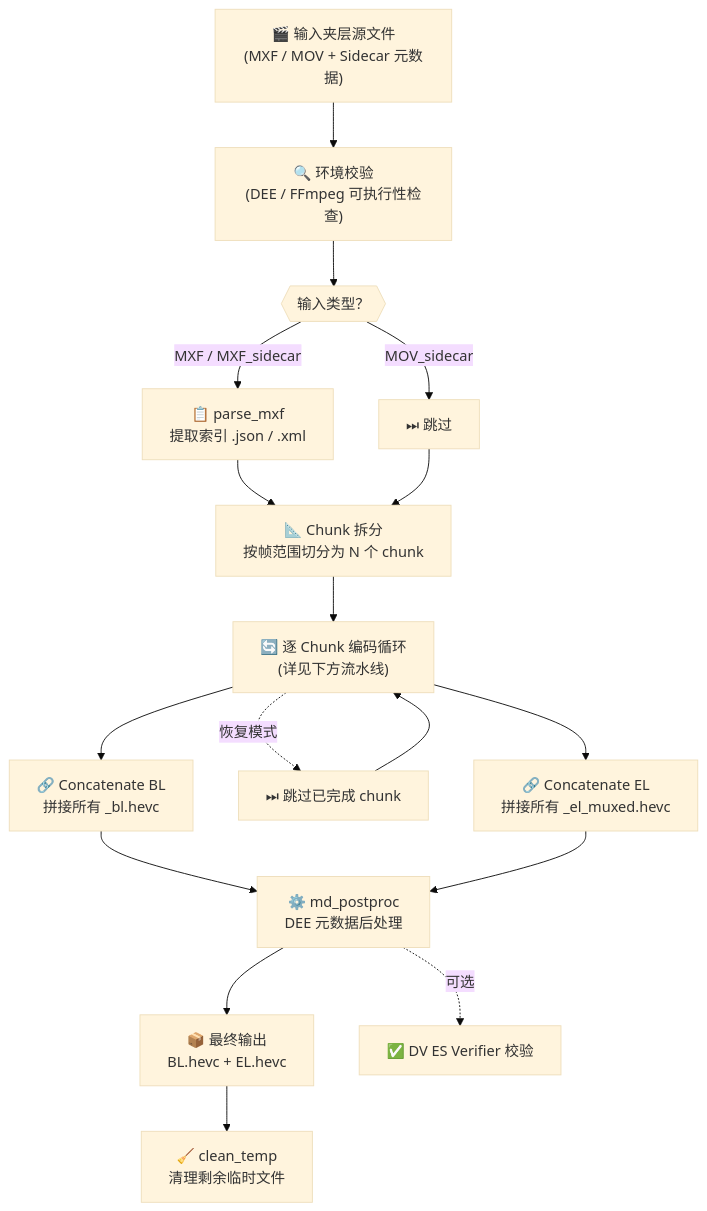
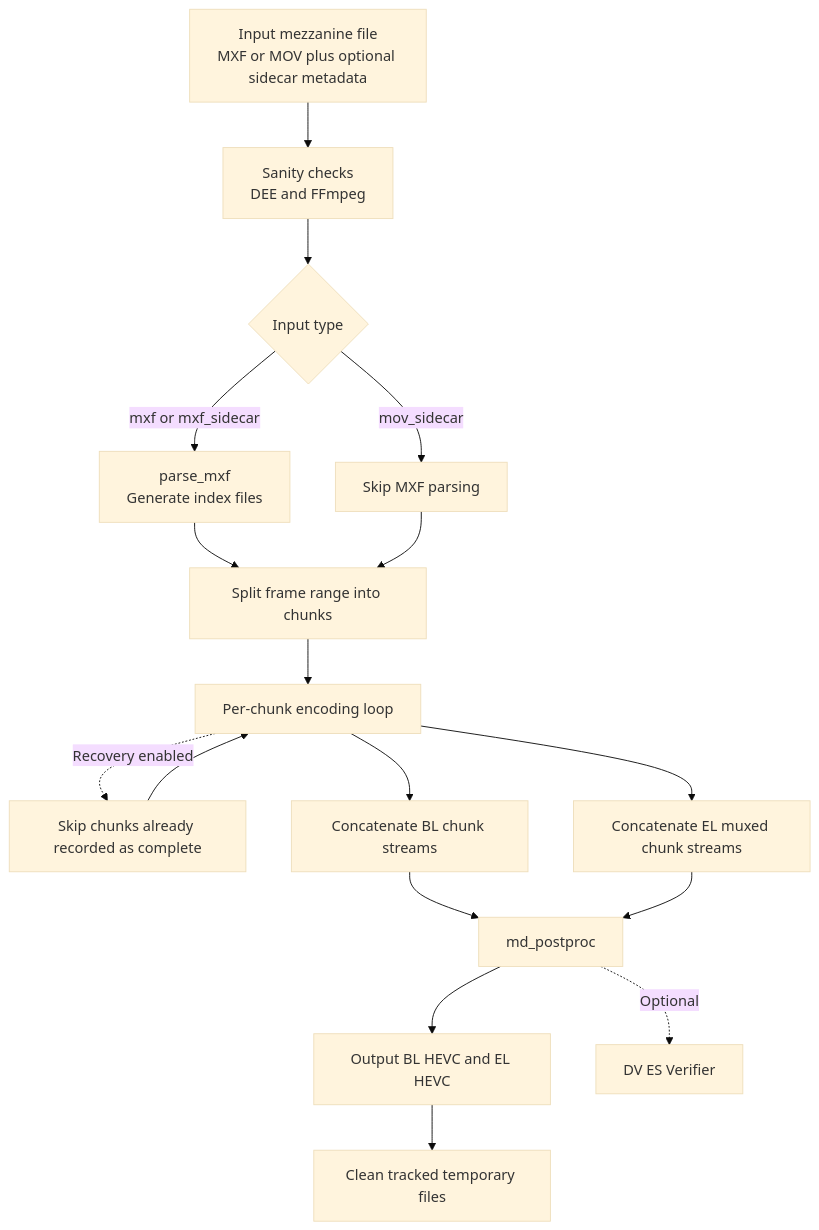
Before and after one commit to LumaVistaLab/DEE_Workflow: the first of 4 diagrams in README.md, drawn with Mermaid (base theme). The commit also changed other lines of this file and 50 other files, not shown here.

````diff
--- a/README.md
+++ b/README.md
@@ -68,21 +118,19 @@
 ```mermaid
 flowchart TD
-    A["🎬 输入夹层源文件\n(MXF / MOV + Sidecar 元数据)"] --> B["🔍 环境校验\n(DEE / FFmpeg 可执行性检查)"]
-    B --> C{{"输入类型？"}}
-    C -->|"MXF / MXF_sidecar"| D["📋 parse_mxf\n提取索引 .json / .xml"]
-    C -->|"MOV_sidecar"| E["⏭ 跳过"]
-    D --> F
+    A["Input mezzanine file<br/>MXF or MOV plus optional sidecar metadata"] --> B["Sanity checks<br/>DEE and FFmpeg"]
+    B --> C{"Input type"}
+    C -->|"mxf or mxf_sidecar"| D["parse_mxf<br/>Generate index files"]
+    C -->|"mov_sidecar"| E["Skip MXF parsing"]
+    D --> F["Split frame range into chunks"]
     E --> F
-
-    F["📐 Chunk 拆分\n按帧范围切分为 N 个 chunk"] --> G["🔄 逐 Chunk 编码循环\n(详见下方流水线)"]
-
-    G --> H["🔗 Concatenate BL\n拼接所有 _bl.hevc"]
-    G -.->|"恢复模式"| G2["⏭ 跳过已完成 chunk"]
-    G2 --> G
-    G --> I["🔗 Concatenate EL\n拼接所有 _el_muxed.hevc"]
-    H --> J["⚙️ md_postproc\nDEE 元数据后处理"]
-    I --> J
-    J --> K["📦 最终输出\nBL.hevc + EL.hevc"]
-    J -.->|"可选"| L["✅ DV ES Verifier 校验"]
-    K --> M["🧹 clean_temp\n清理剩余临时文件"]
+    F --> G["Per-chunk encoding loop"]
+    G -.->|"Recovery enabled"| H["Skip chunks already recorded as complete"]
+    H --> G
+    G --> I["Concatenate BL chunk streams"]
+    G --> J["Concatenate EL muxed chunk streams"]
+    I --> K["md_postproc"]
+    J --> K
+    K --> L["Output BL HEVC and EL HEVC"]
+    K -.->|"Optional"| M["DV ES Verifier"]
+    L --> N["Clean tracked temporary files"]
 ```
````
